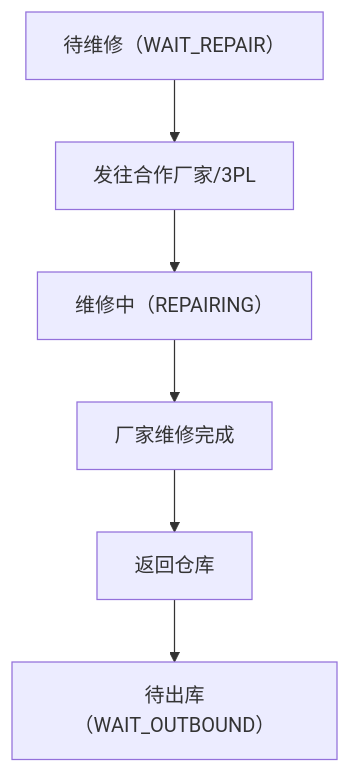
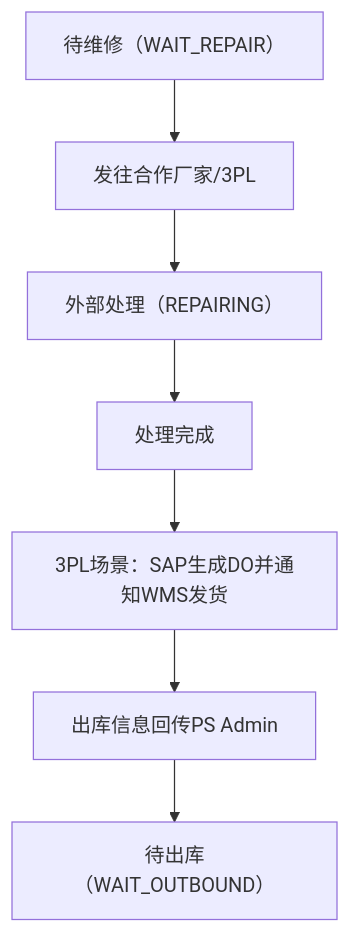
One commit to guguohai/gmps changed the ninth of 30 diagrams in 文档/GM系统需求说明.md. Above: the diagram before and after it, drawn with Mermaid. The commit also changed other lines of this file, not shown here.

````diff
--- a/文档/GM系统需求说明.md
+++ b/文档/GM系统需求说明.md
@@ -560,9 +555,10 @@
 ```mermaid
 flowchart TD
 
 A[待维修（WAIT_REPAIR）] --> B[发往合作厂家/3PL]
-B --> C[维修中（REPAIRING）]
-C --> D[厂家维修完成]
-D --> E[返回仓库]
-E --> F[待出库（WAIT_OUTBOUND）]
+B --> C[外部处理（REPAIRING）]
+C --> D[处理完成]
+D --> E[3PL场景：SAP生成DO并通知WMS发货]
+E --> F[出库信息回传PS Admin]
+F --> G[待出库（WAIT_OUTBOUND）]
 ```
````
